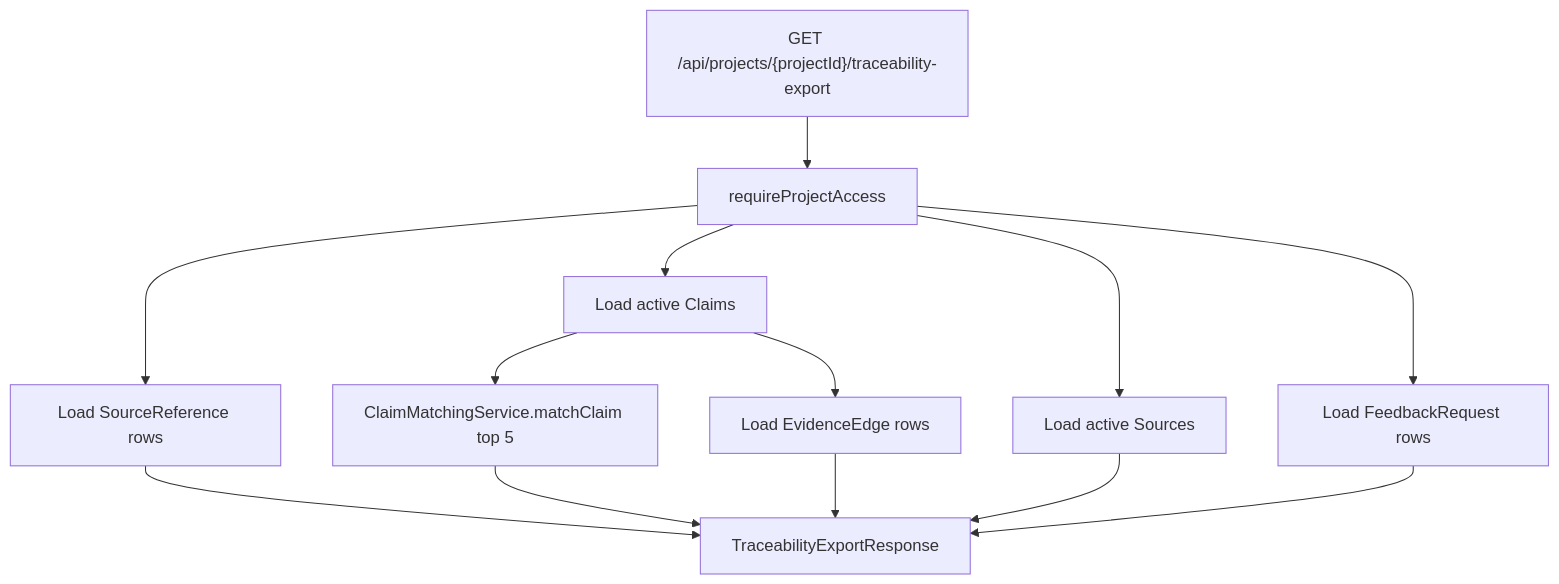
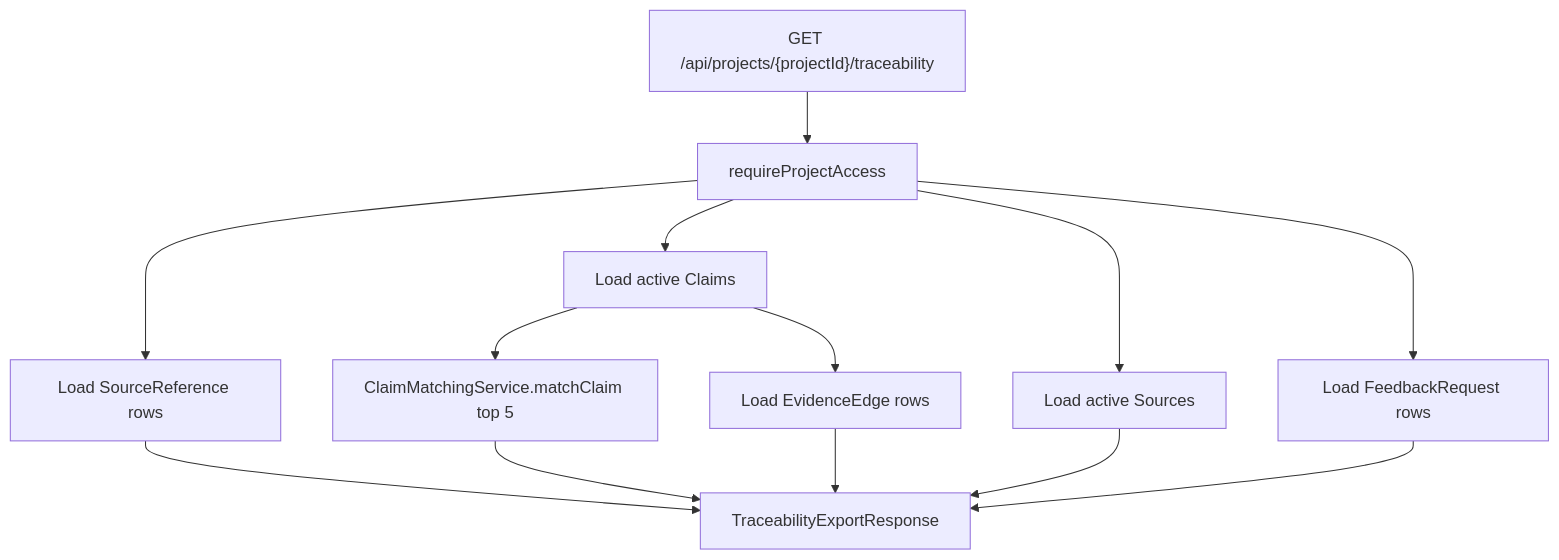
The tenth of 10 diagrams in README.md (MinhKien17/SEP490_Prototype), drawn with Mermaid before and after one commit. The commit also changed other lines of this file, not shown here.

````diff
--- a/README.md
+++ b/README.md
@@ -414,15 +398,15 @@
 ```mermaid
 flowchart TD
-    Export["GET /api/projects/{projectId}/traceability-export"] --> Access["requireProjectAccess"]
+    Export["GET /api/projects/{projectId}/traceability"] --> Access["requireProjectAccess"]
     Access --> References["Load SourceReference rows"]
     Access --> Claims["Load active Claims"]
     Access --> Sources["Load active Sources"]
     Access --> Feedback["Load FeedbackRequest rows"]
     Claims --> Match["ClaimMatchingService.matchClaim top 5"]
     Claims --> Edges["Load EvidenceEdge rows"]
     References --> Response["TraceabilityExportResponse"]
     Match --> Response
     Edges --> Response
     Sources --> Response
     Feedback --> Response
 ```
````
